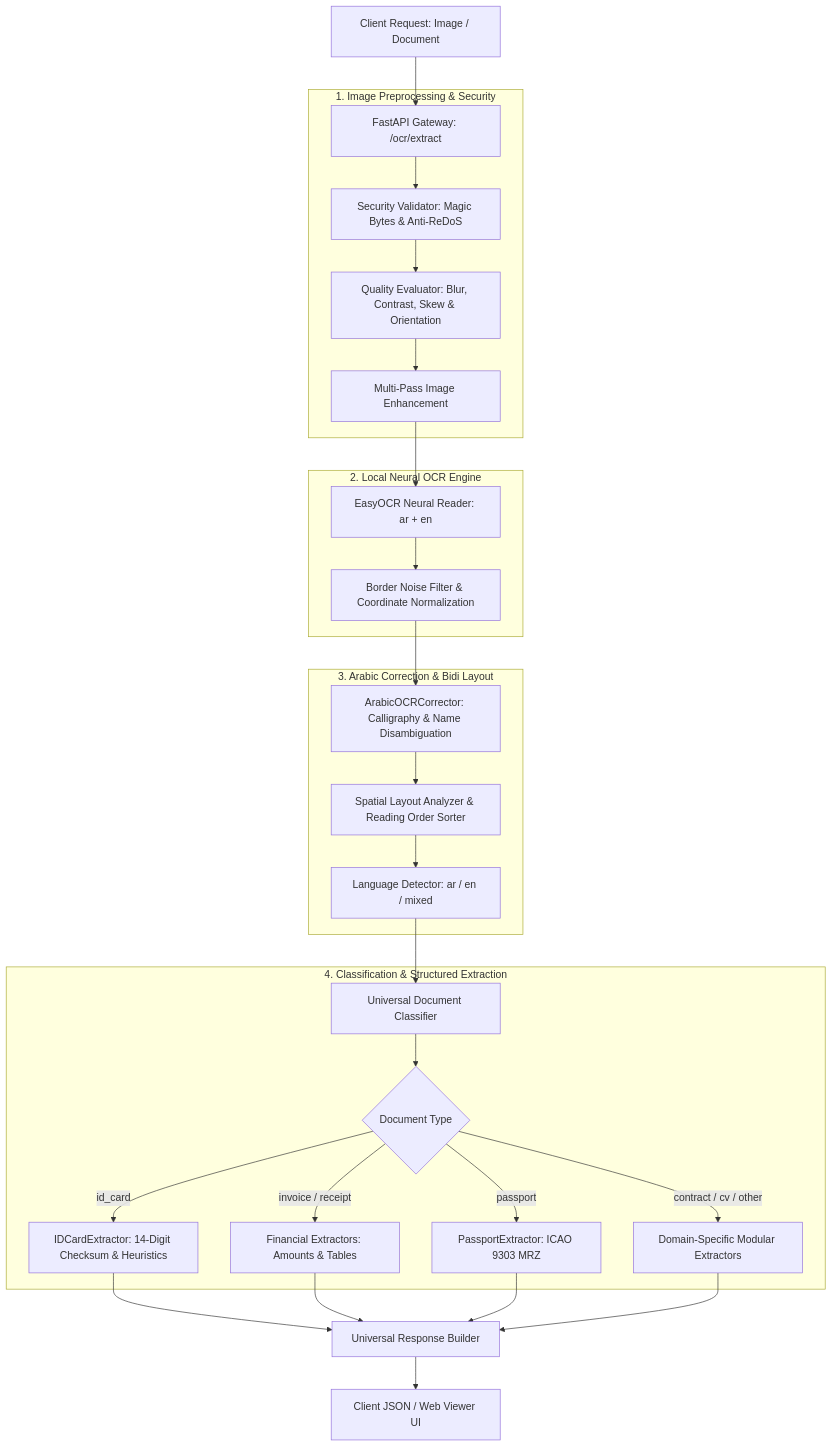
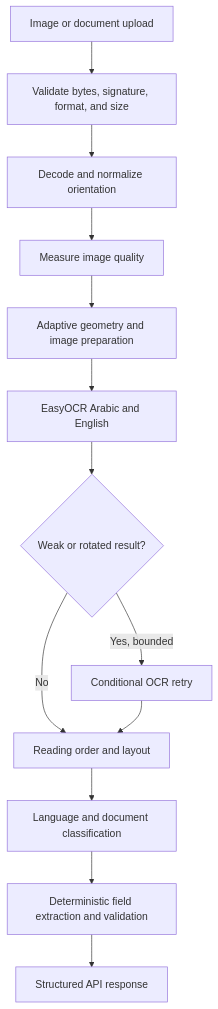
One commit to Zeyadmohamed291/OCR-MODEL changed the diagram in README.md. Above: the diagram before and after it, drawn with Mermaid. The commit also changed other lines of this file and 1070 other files, not shown here.

````diff
--- a/README.md
+++ b/README.md
@@ -72,33 +21,15 @@
 ```mermaid
 flowchart TD
-    A[Client Request: Image / Document] --> B[FastAPI Gateway: /ocr/extract]
-    
-    subgraph Preprocessing ["1. Image Preprocessing & Security"]
-        B --> C[Security Validator: Magic Bytes & Anti-ReDoS]
-        C --> D[Quality Evaluator: Blur, Contrast, Skew & Orientation]
-        D --> E[Multi-Pass Image Enhancement]
-    end
-
-    subgraph OCR ["2. Local Neural OCR Engine"]
-        E --> F[EasyOCR Neural Reader: ar + en]
-        F --> G[Border Noise Filter & Coordinate Normalization]
-    end
-
-    subgraph TextProcessing ["3. Arabic Correction & Bidi Layout"]
-        G --> H[ArabicOCRCorrector: Calligraphy & Name Disambiguation]
-        H --> I[Spatial Layout Analyzer & Reading Order Sorter]
-        I --> J[Language Detector: ar / en / mixed]
-    end
-
-    subgraph Understanding ["4. Classification & Structured Extraction"]
-        J --> K[Universal Document Classifier]
-        K --> L{Document Type}
-        L -->|id_card| M[IDCardExtractor: 14-Digit Checksum & Heuristics]
-        L -->|invoice / receipt| N[Financial Extractors: Amounts & Tables]
-        L -->|passport| O[PassportExtractor: ICAO 9303 MRZ]
-        L -->|contract / cv / other| P[Domain-Specific Modular Extractors]
-    end
-
-    M & N & O & P --> Q[Universal Response Builder]
-    Q --> R[Client JSON / Web Viewer UI]
+    A[Image or document upload] --> B[Validate bytes, signature, format, and size]
+    B --> C[Decode and normalize orientation]
+    C --> D[Measure image quality]
+    D --> E[Adaptive geometry and image preparation]
+    E --> F[EasyOCR Arabic and English]
+    F --> G{Weak or rotated result?}
+    G -->|No| H[Reading order and layout]
+    G -->|Yes, bounded| I[Conditional OCR retry]
+    I --> H
+    H --> J[Language and document classification]
+    J --> K[Deterministic field extraction and validation]
+    K --> L[Structured API response]
 ```
````
